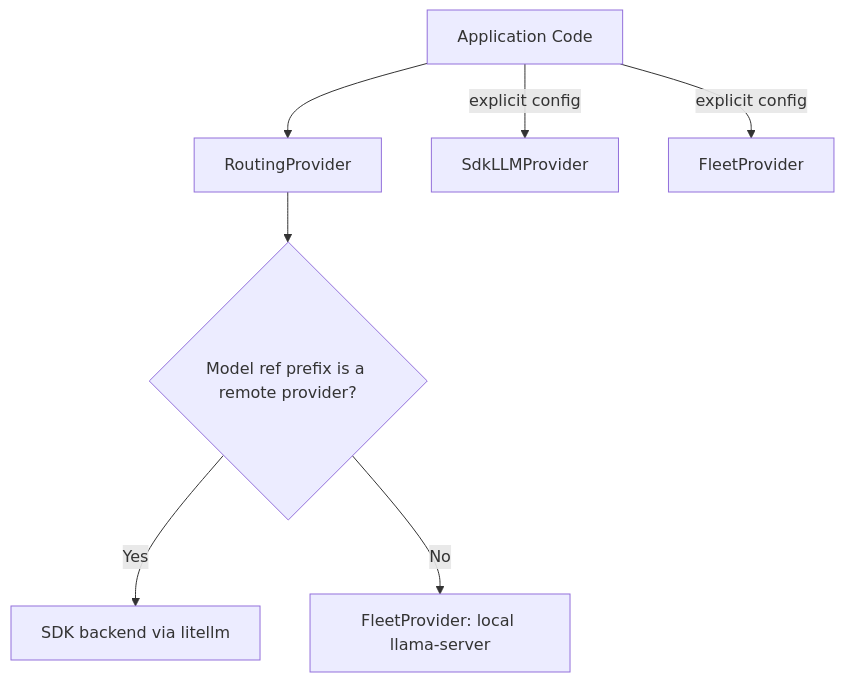
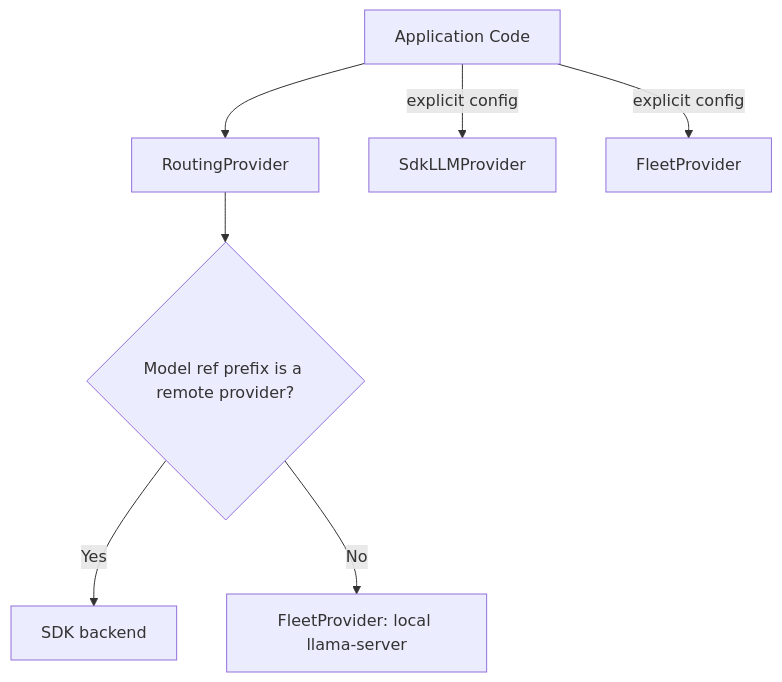
The sixth of 15 diagrams in docs/architecture.md (tobocop2/lilbee), drawn with Mermaid before and after one commit. The commit also changed other lines of this file and 54 other files, not shown here.

````diff
--- a/docs/architecture.md
+++ b/docs/architecture.md
@@ -647,10 +647,10 @@
 ```mermaid
 flowchart TD
     APP[Application Code] --> ROUTE[RoutingProvider]
     ROUTE --> CHECK{Model ref prefix is a remote provider?}
-    CHECK -->|Yes| SDK_BACK[SDK backend via litellm]
+    CHECK -->|Yes| SDK_BACK[SDK backend]
     CHECK -->|No| FLEET[FleetProvider: local llama-server]
 
     APP -->|explicit config| SDK_P[SdkLLMProvider]
     APP -->|explicit config| FLEET_P[FleetProvider]
 ```
````
